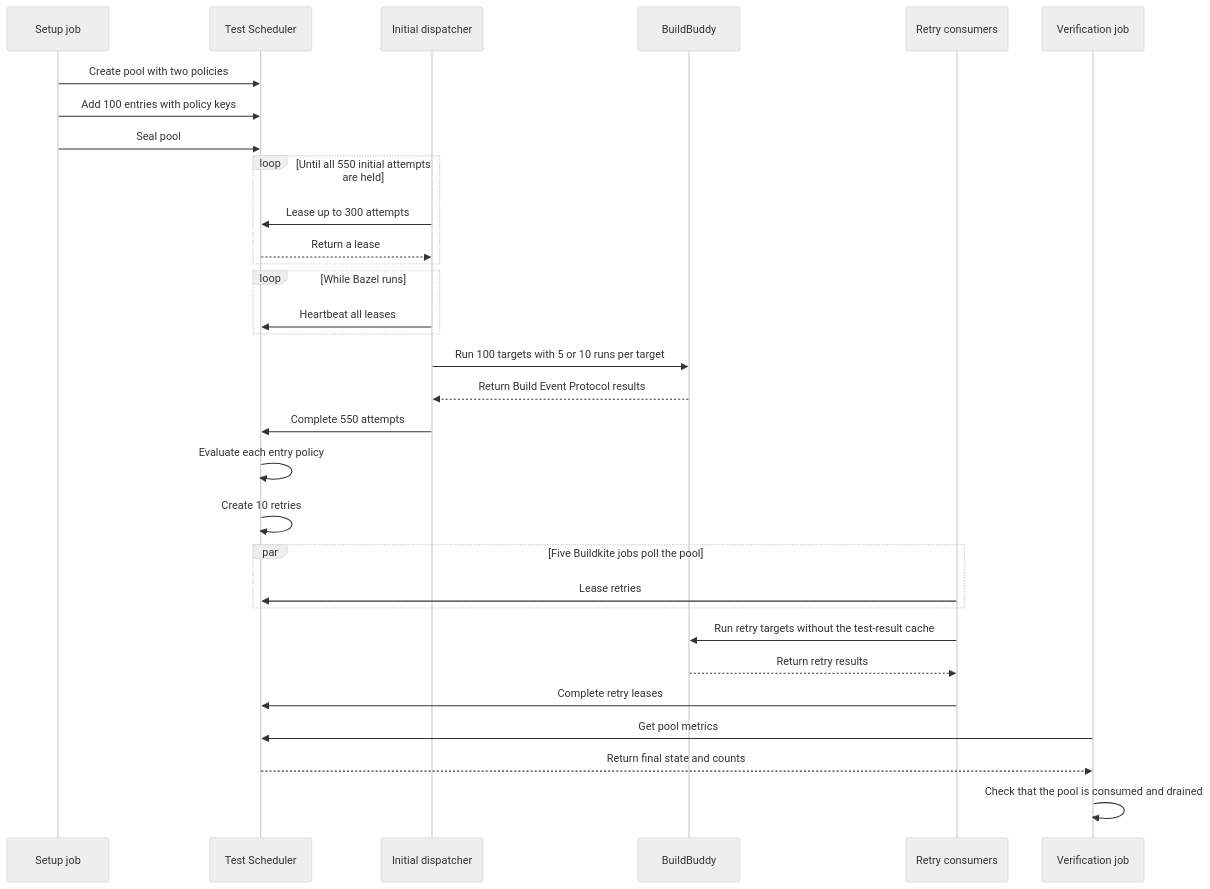
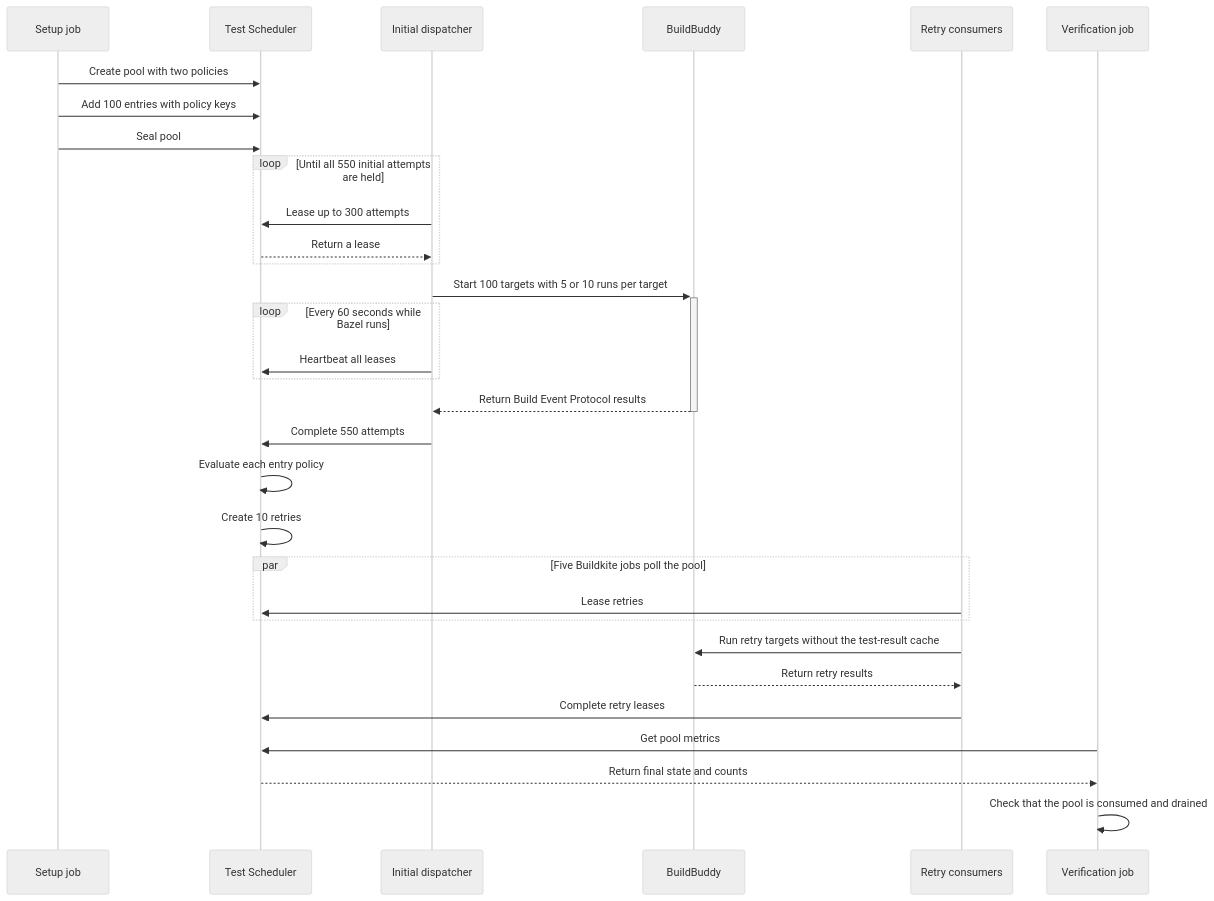
The second of 2 diagrams in README.md (catkins/test-scheduler-bazel-demo), drawn with Mermaid (neutral theme) before and after one commit. The commit also changed other lines of this file, not shown here.

Commit message:
Explain initial lease acquisition

````diff
--- a/README.md
+++ b/README.md
@@ -84,38 +84,38 @@
 ```mermaid
 sequenceDiagram
     participant S as Setup job
     participant TS as Test Scheduler
     participant D as Initial dispatcher
     participant BB as BuildBuddy
     participant R as Retry consumers
     participant V as Verification job
 
     S->>TS: Create pool with two policies
     S->>TS: Add 100 entries with policy keys
     S->>TS: Seal pool
 
     loop Until all 550 initial attempts are held
         D->>TS: Lease up to 300 attempts
         TS-->>D: Return a lease
     end
-    loop While Bazel runs
+    D->>+BB: Start 100 targets with 5 or 10 runs per target
+    loop Every 60 seconds while Bazel runs
         D->>TS: Heartbeat all leases
     end
-    D->>BB: Run 100 targets with 5 or 10 runs per target
-    BB-->>D: Return Build Event Protocol results
+    BB-->>-D: Return Build Event Protocol results
     D->>TS: Complete 550 attempts
 
     TS->>TS: Evaluate each entry policy
     TS->>TS: Create 10 retries
 
     par Five Buildkite jobs poll the pool
         R->>TS: Lease retries
     end
     R->>BB: Run retry targets without the test-result cache
     BB-->>R: Return retry results
     R->>TS: Complete retry leases
 
     V->>TS: Get pool metrics
     TS-->>V: Return final state and counts
     V->>V: Check that the pool is consumed and drained
 ```
````
